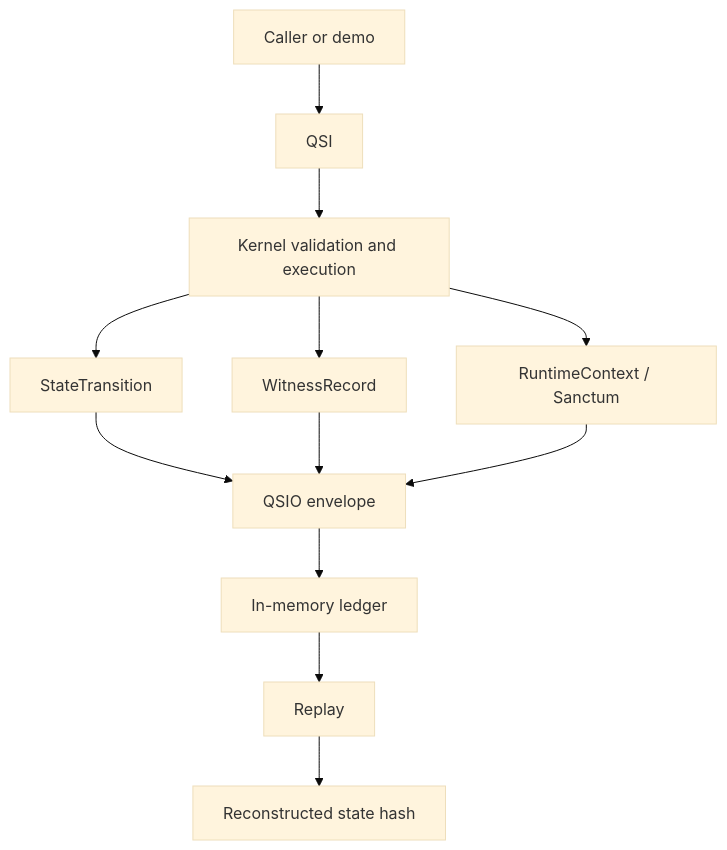
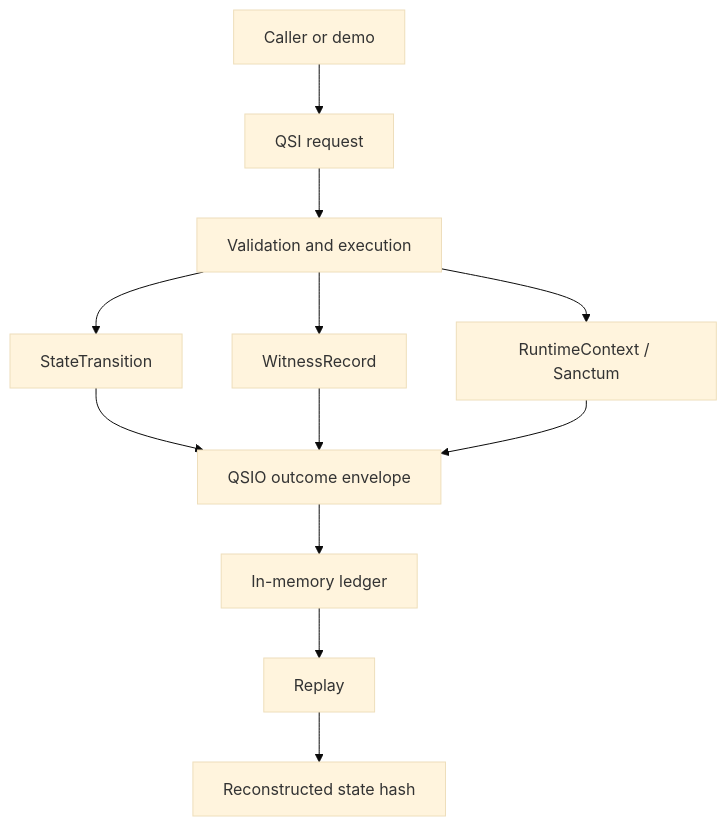
One commit to aevespers2/qsio-kernel changed the diagram in docs/index.md. Above: the diagram before and after it, drawn with Mermaid (base theme). The commit also changed other lines of this file, not shown here.

````diff
--- a/docs/index.md
+++ b/docs/index.md
@@ -38,14 +64,14 @@
 ```mermaid
 flowchart TB
-    D[Caller or demo] --> Q[QSI]
-    Q --> K[Kernel validation and execution]
+    D[Caller or demo] --> Q[QSI request]
+    Q --> K[Validation and execution]
     K --> C[RuntimeContext / Sanctum]
     K --> X[StateTransition]
     K --> W[WitnessRecord]
-    X --> O[QSIO envelope]
+    X --> O[QSIO outcome envelope]
     W --> O
     C --> O
     O --> L[In-memory ledger]
     L --> R[Replay]
     R --> H[Reconstructed state hash]
 ```
````
